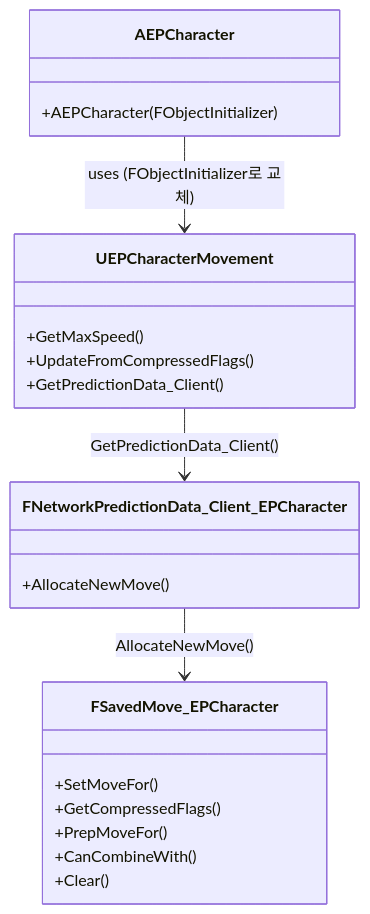
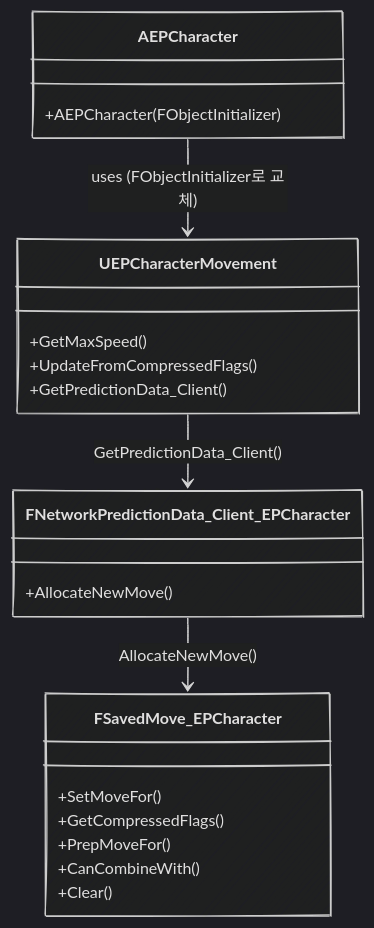
The diagram in _posts/game_dev/portfolio/2026-02-10-EP_Replication-1.md (SoftHamzzi/SoftHamzzi.github.io), drawn with Mermaid before and after one commit. The commit also changed other lines of this file, not shown here.

````diff
--- a/_posts/game_dev/portfolio/2026-02-10-EP_Replication-1.md
+++ b/_posts/game_dev/portfolio/2026-02-10-EP_Replication-1.md
@@ -128,32 +128,37 @@
 ```mermaid
+---
+config:
+  look: handDrawn
+  theme: dark
+---
 classDiagram
     direction TB
 
     AEPCharacter --> UEPCharacterMovement : uses (FObjectInitializer로 교체)
 
     UEPCharacterMovement --> FNetworkPredictionData_Client_EPCharacter : GetPredictionData_Client()
     FNetworkPredictionData_Client_EPCharacter --> FSavedMove_EPCharacter : AllocateNewMove()
 
     class AEPCharacter {
         +AEPCharacter(FObjectInitializer)
     }
 
     class UEPCharacterMovement {
         +GetMaxSpeed()
         +UpdateFromCompressedFlags()
         +GetPredictionData_Client()
     }
 
     class FNetworkPredictionData_Client_EPCharacter {
         +AllocateNewMove()
     }
 
     class FSavedMove_EPCharacter {
         +SetMoveFor()
         +GetCompressedFlags()
         +PrepMoveFor()
         +CanCombineWith()
         +Clear()
     }
 
 ```
````
